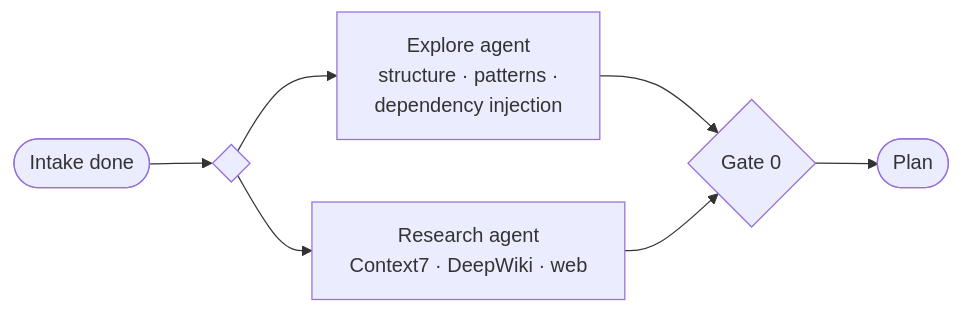
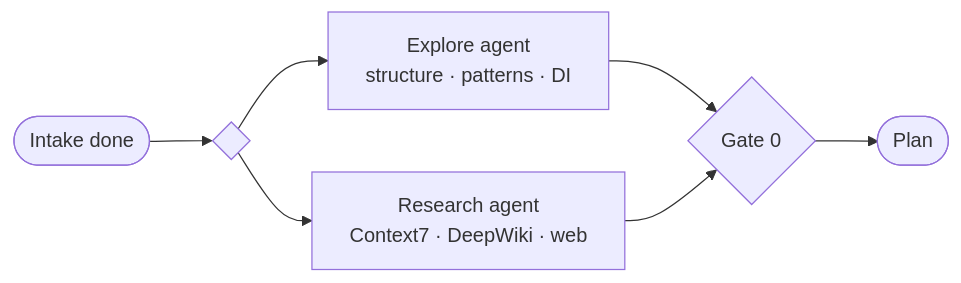
The third of 7 diagrams in README.md (theagenticguy/erpaval), drawn with Mermaid before and after one commit. The commit also changed other lines of this file, not shown here.

````diff
--- a/README.md
+++ b/README.md
@@ -138,9 +139,9 @@
 ```mermaid
 flowchart LR
   START([Intake done]) --> FORK{ }
-  FORK --> EXP[Explore agent<br/>structure · patterns ·<br/>dependency injection]
+  FORK --> EXP[Explore agent<br/>structure · patterns · DI]
   FORK --> RES[Research agent<br/>Context7 · DeepWiki · web]
   EXP --> JOIN{Gate 0}
   RES --> JOIN
   JOIN --> PLAN([Plan])
 ```
````
